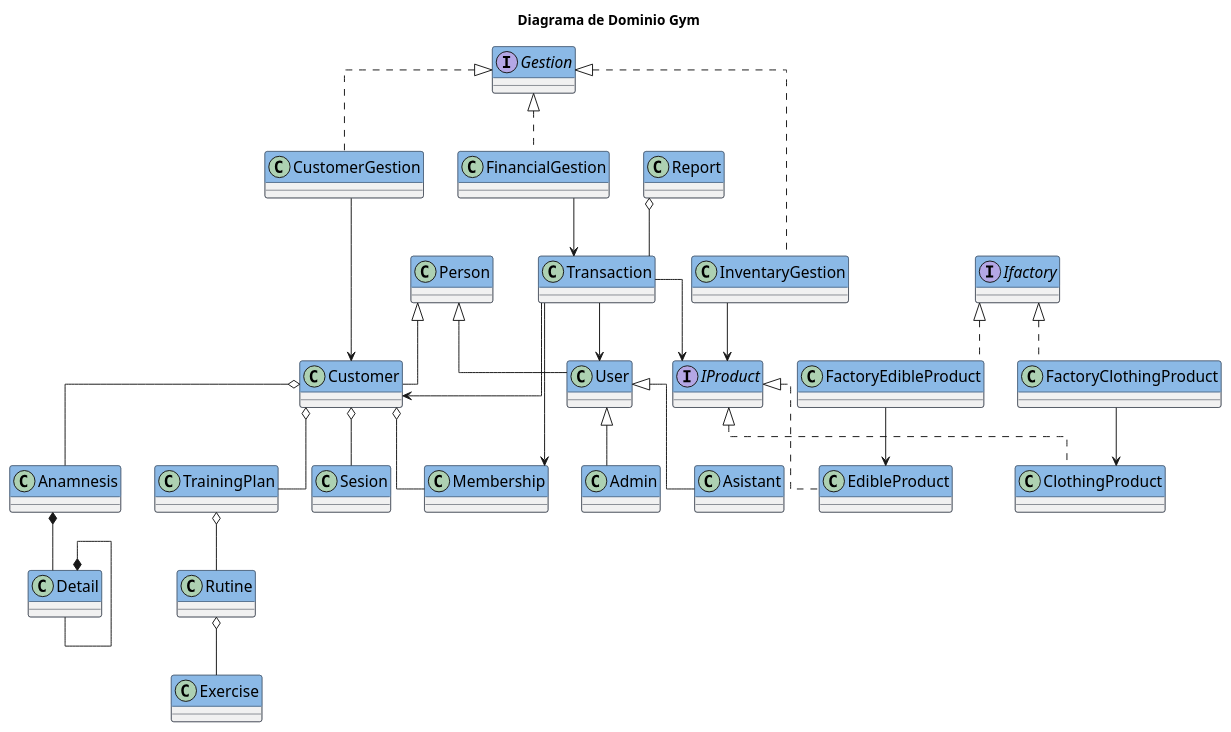
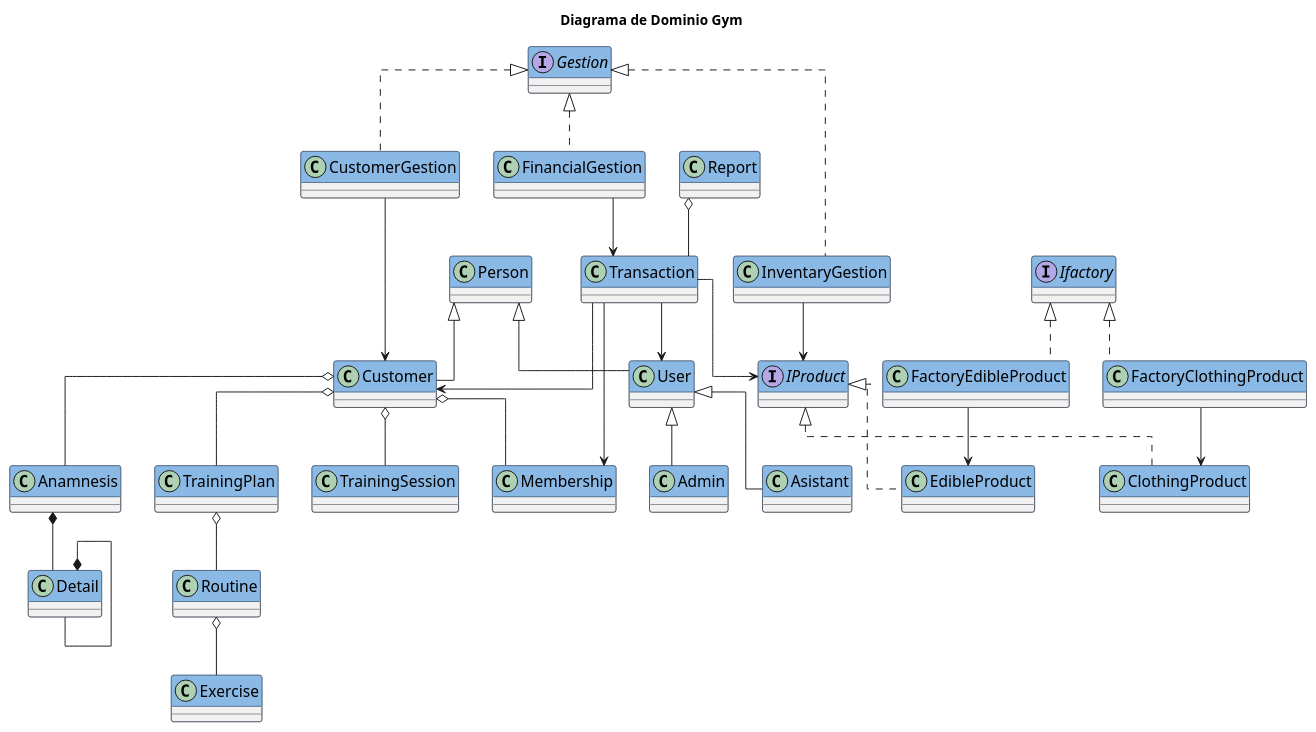
One commit to brayanfu038/GymRepository changed the diagram in modelos/dominio.puml. Above: the diagram before and after it, drawn with PlantUML. The commit also changed 1 other file, not shown here.

```diff
--- a/modelos/dominio.puml
+++ b/modelos/dominio.puml
@@ -1,120 +1,120 @@
 @startuml
 title Diagrama de Dominio Gym
 
 ' ----- CLASES ----------
 class Person{
 
 }
 class Customer{
 
 }
 class User{
 
 }
 class Anamnesis{
 
 }
 class Detail{
 
 }
 class Membership{
 
 }
 class TrainingPlan{
 
 }
-class Rutine{
+class Routine{
 
 }
 class Exercise{
 
 }
-class Sesion{
+class TrainingSession{
 
 }
 class Admin{
 
 }
 class Asistant{
 
 }
 interface IProduct{
 
 }
 class EdibleProduct{
 
 }
 class ClothingProduct{
 
 }
 interface Ifactory{
 }
 class FactoryEdibleProduct{
 
 }
 class FactoryClothingProduct{
 
 }
 class InventaryGestion{
 
 }
 class CustomerGestion{
 
 }
 class FinancialGestion{
 }
 interface Gestion{
 
 }
 class Transaction{
 
 }
 class Report{
 
 }
 '------ RELACIONES ---------
 Person <|-- User
 Person <|-- Customer
 User <|-- Asistant
 User <|-- Admin
 Ifactory <|.. FactoryClothingProduct
 Ifactory <|.. FactoryEdibleProduct
 IProduct <|.. EdibleProduct
 IProduct <|.. ClothingProduct
 Gestion <|.. InventaryGestion
 Gestion <|.. CustomerGestion
 Gestion <|.. FinancialGestion
 Customer o-- Anamnesis
 Customer o-- Membership
 Customer o-- TrainingPlan
-Customer o-- Sesion
-TrainingPlan o-- Rutine
+Customer o-- TrainingSession
+TrainingPlan o-- Routine
 Report o-- Transaction
-Rutine o-- Exercise
+Routine o-- Exercise
 Anamnesis *-- Detail
 Detail*-- Detail
 FactoryEdibleProduct --> EdibleProduct
 FactoryClothingProduct --> ClothingProduct
 InventaryGestion --> IProduct
 CustomerGestion --> Customer
 
 FinancialGestion --> Transaction
 Transaction --> User
 Transaction --> Customer
 Transaction --> IProduct
 Transaction --> Membership
 
 
 
 ' Definir la apariencia general
 skinparam classAttributeIconSize 8
 skinparam classFontSize 16
 skinparam classFontName "Arial"
 skinparam classBorderColor #212837
 skinparam classHeaderFontColor #FFFFFF
 skinparam classHeaderBackgroundColor #8BB9E6
 skinparam classArrowColor #6E95C2
 skinparam linetype ortho
 
 ' k
 @enduml
```
